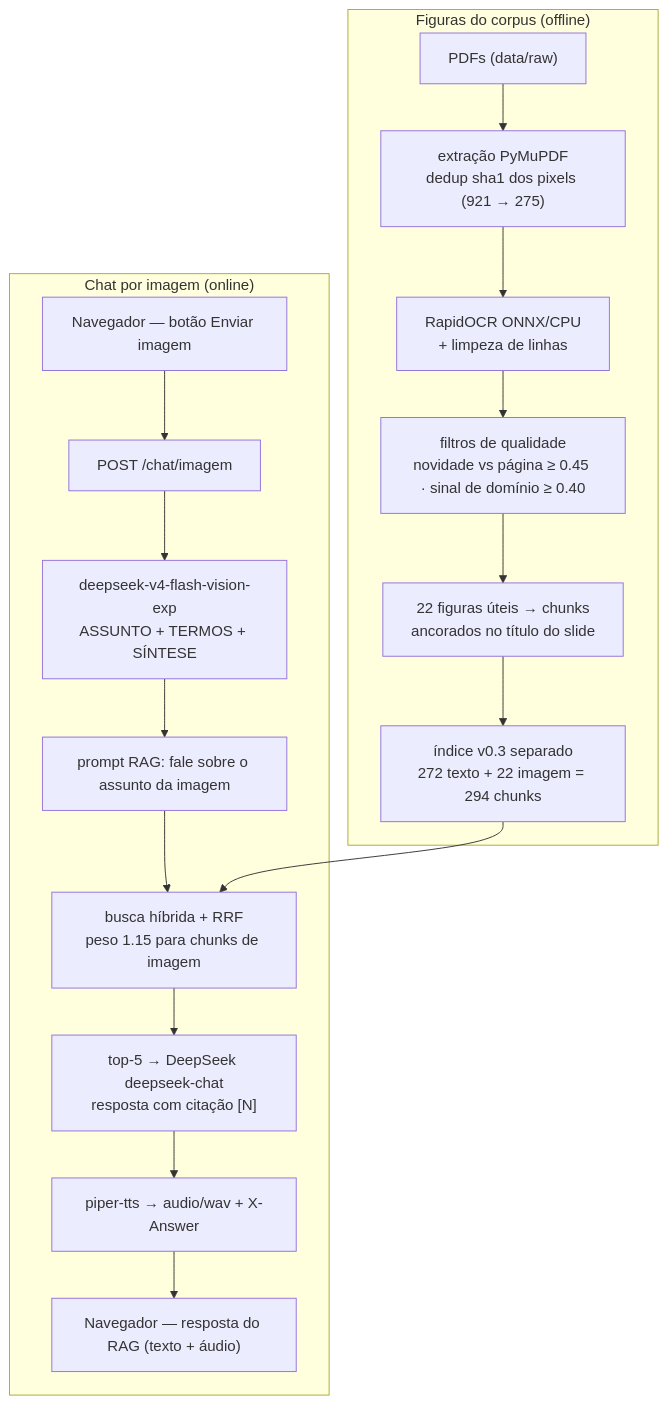
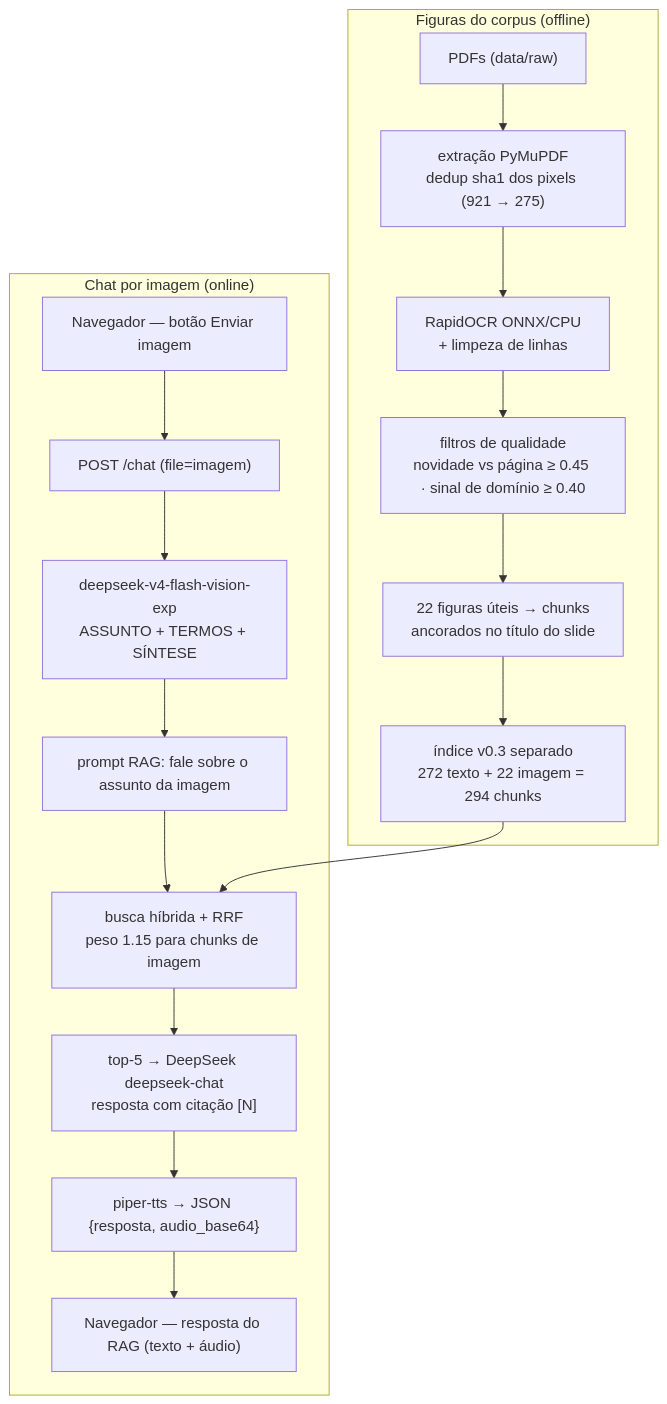
Before and after one commit to rafaelang/proj-master--iag-llm-2025-2-puc-rio-final: the third of 4 diagrams in README.md, drawn with Mermaid. The commit also changed other lines of this file and 9 other files, not shown here.

Commit message:
v0.4 - API unificada: POST /chat unico (audio/imagem/texto) -> normalizacao de entrada + mesmo RAG/multiagentes; saida JSON {texto, resposta, audio_base64}; /chat/imagem e /chat/texto unificados; frontend/tests/docs atualizados

````diff
--- a/README.md
+++ b/README.md
@@ -252,20 +254,20 @@
 ```mermaid
 flowchart TB
     subgraph OFFLINE["Figuras do corpus (offline)"]
         A["PDFs (data/raw)"] --> B["extração PyMuPDF<br/>dedup sha1 dos pixels (921 → 275)"]
         B --> C["RapidOCR ONNX/CPU<br/>+ limpeza de linhas"]
         C --> D["filtros de qualidade<br/>novidade vs página ≥ 0.45 · sinal de domínio ≥ 0.40"]
         D --> E["22 figuras úteis → chunks<br/>ancorados no título do slide"]
         E --> F["índice v0.3 separado<br/>272 texto + 22 imagem = 294 chunks"]
     end
     subgraph ONLINE["Chat por imagem (online)"]
-        P["Navegador — botão Enviar imagem"] --> Q["POST /chat/imagem"]
+        P["Navegador — botão Enviar imagem"] --> Q["POST /chat (file=imagem)"]
         Q --> R["deepseek-v4-flash-vision-exp<br/>ASSUNTO + TERMOS + SÍNTESE"]
         R --> S["prompt RAG: fale sobre o assunto da imagem"]
         S --> T["busca híbrida + RRF<br/>peso 1.15 para chunks de imagem"]
         T --> U["top-5 → DeepSeek deepseek-chat<br/>resposta com citação [N]"]
-        U --> V["piper-tts → audio/wav + X-Answer"]
+        U --> V["piper-tts → JSON {resposta, audio_base64}"]
         V --> W["Navegador — resposta do RAG (texto + áudio)"]
     end
     F --> T
 ```
````
